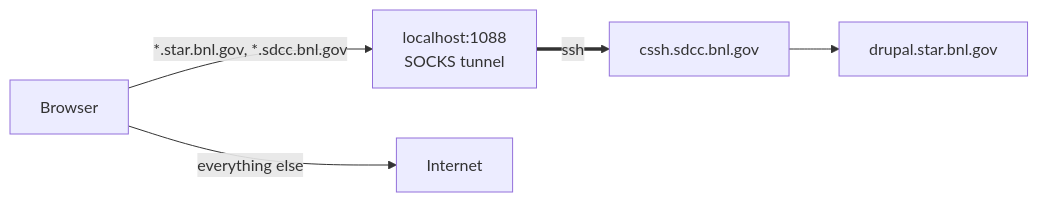
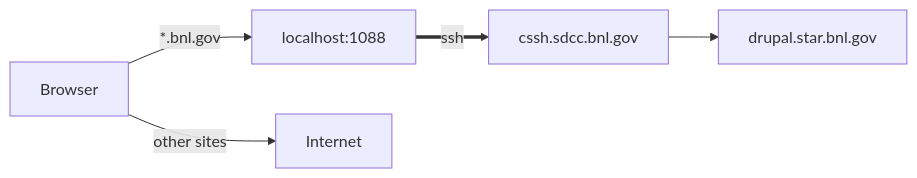
One commit to star-juniors/star-juniors.github.io changed the first of 2 diagrams in docs/drupal_indico.md. Above: the diagram before and after it, drawn with Mermaid. The commit also changed other lines of this file, not shown here.

````diff
--- a/docs/drupal_indico.md
+++ b/docs/drupal_indico.md
@@ -27,6 +20,6 @@
 ```mermaid
 flowchart LR
-    B[Browser] -- "*.star.bnl.gov, *.sdcc.bnl.gov" --> P["localhost:1088<br>SOCKS tunnel"]
-    B -- "everything else" --> I[Internet]
+    B[Browser] -- "*.bnl.gov" --> P["localhost:1088"]
+    B -- "other sites" --> I[Internet]
     P == ssh ==> G[cssh.sdcc.bnl.gov] --> D[drupal.star.bnl.gov]
 ```
````
